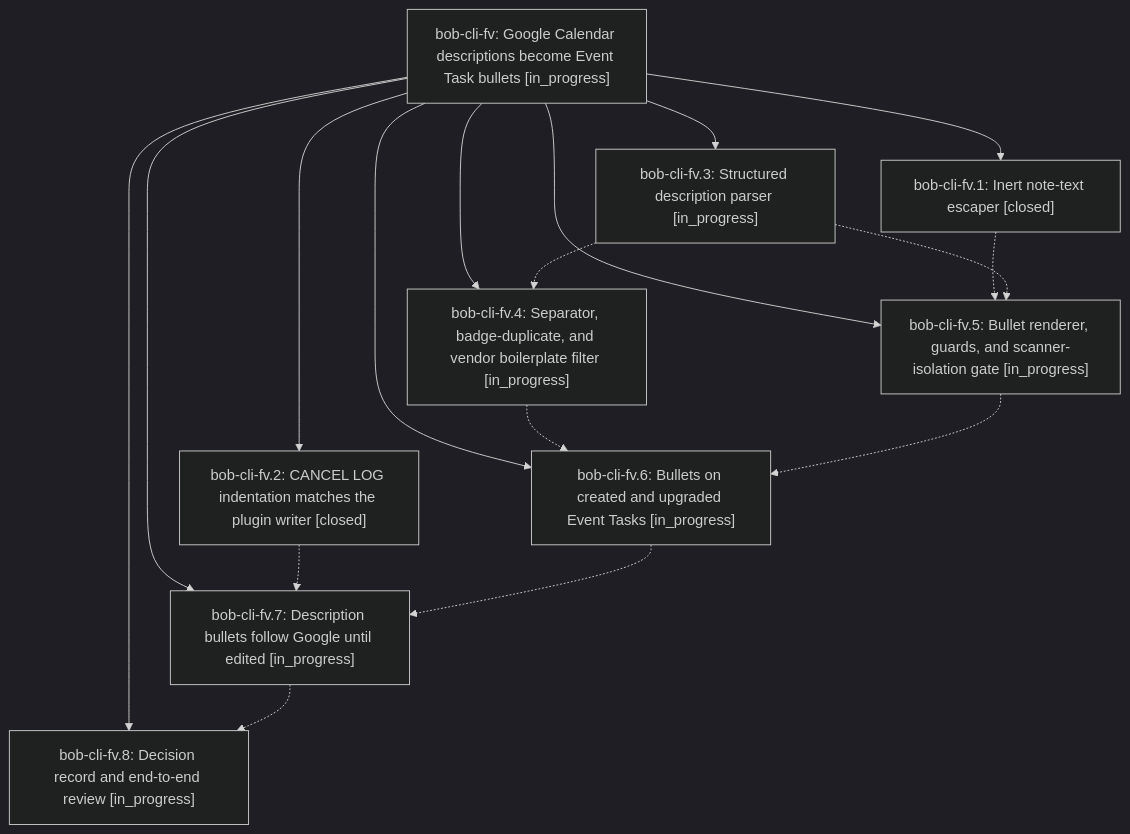
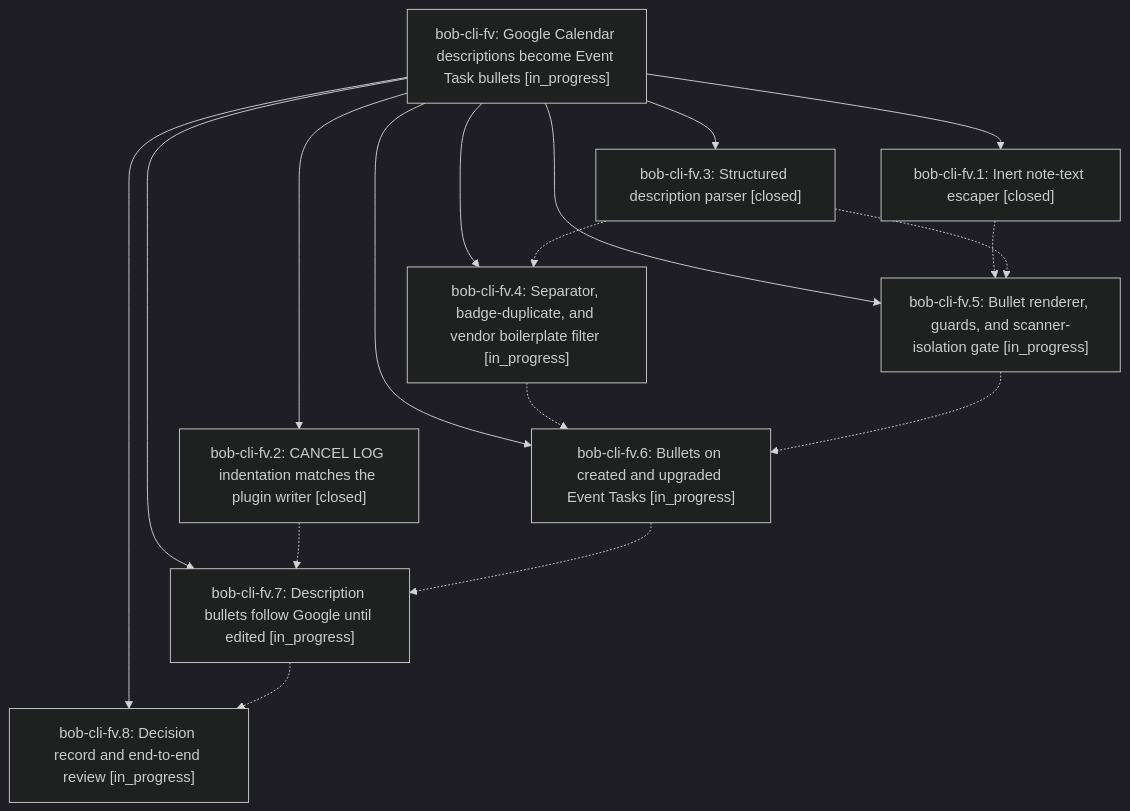
One commit to bobs-org/bob-cli--beads changed the diagram in pages/bob-cli-fv/README.md. Above: the diagram before and after it, drawn with Mermaid (dark theme). The commit also changed other lines of this file and 4 other files, not shown here.

First line of the commit message:
chore(beads): sync bead state and pages for bob-cli-fv

````diff
--- a/pages/bob-cli-fv/README.md
+++ b/pages/bob-cli-fv/README.md
@@ -29,28 +41,28 @@
 ```mermaid
 flowchart TD
     n0["bob-cli-fv: Google Calendar descriptions become Event Task bullets [in_progress]"]
     n1["bob-cli-fv.1: Inert note-text escaper [closed]"]
     n2["bob-cli-fv.2: CANCEL LOG indentation matches the plugin writer [closed]"]
-    n3["bob-cli-fv.3: Structured description parser [in_progress]"]
+    n3["bob-cli-fv.3: Structured description parser [closed]"]
     n4["bob-cli-fv.4: Separator, badge-duplicate, and vendor boilerplate filter [in_progress]"]
     n5["bob-cli-fv.5: Bullet renderer, guards, and scanner-isolation gate [in_progress]"]
     n6["bob-cli-fv.6: Bullets on created and upgraded Event Tasks [in_progress]"]
     n7["bob-cli-fv.7: Description bullets follow Google until edited [in_progress]"]
     n8["bob-cli-fv.8: Decision record and end-to-end review [in_progress]"]
     n0 --> n1
     n0 --> n2
     n0 --> n3
     n0 --> n4
     n0 --> n5
     n0 --> n6
     n0 --> n7
     n0 --> n8
     n1 -.-> n5
     n2 -.-> n7
     n3 -.-> n4
     n3 -.-> n5
     n4 -.-> n6
     n5 -.-> n6
     n6 -.-> n7
     n7 -.-> n8
 ```
````
